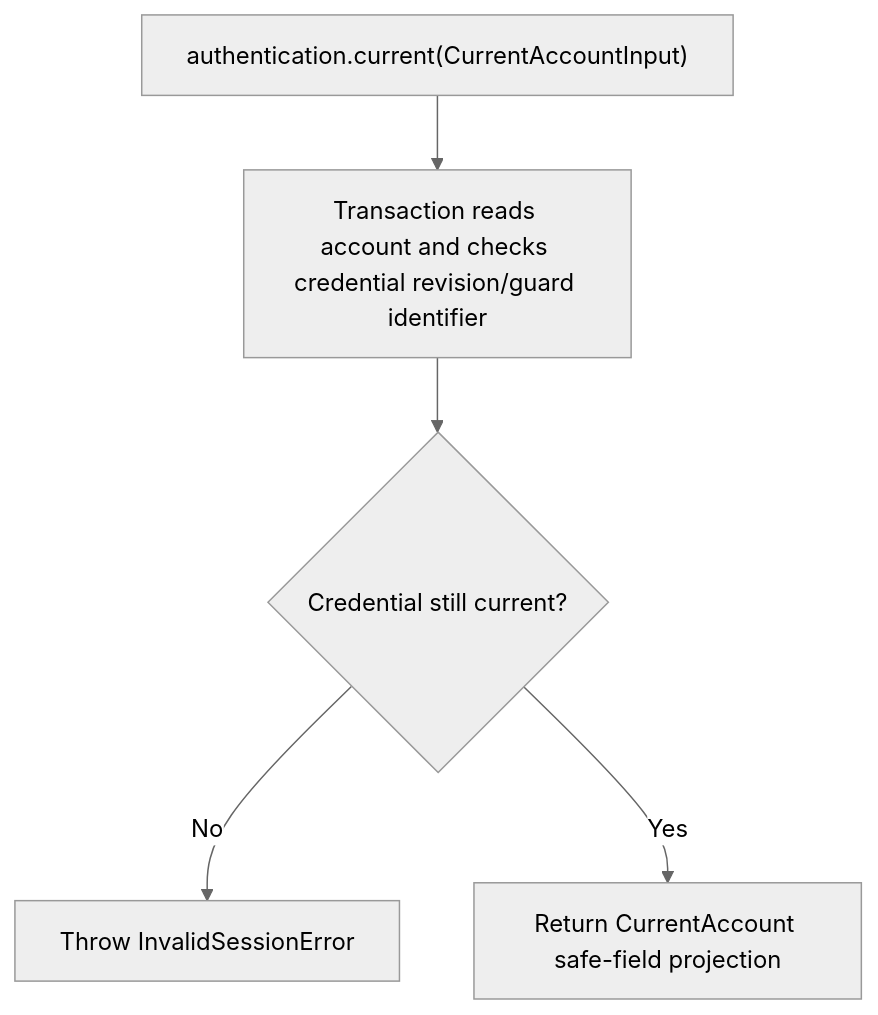
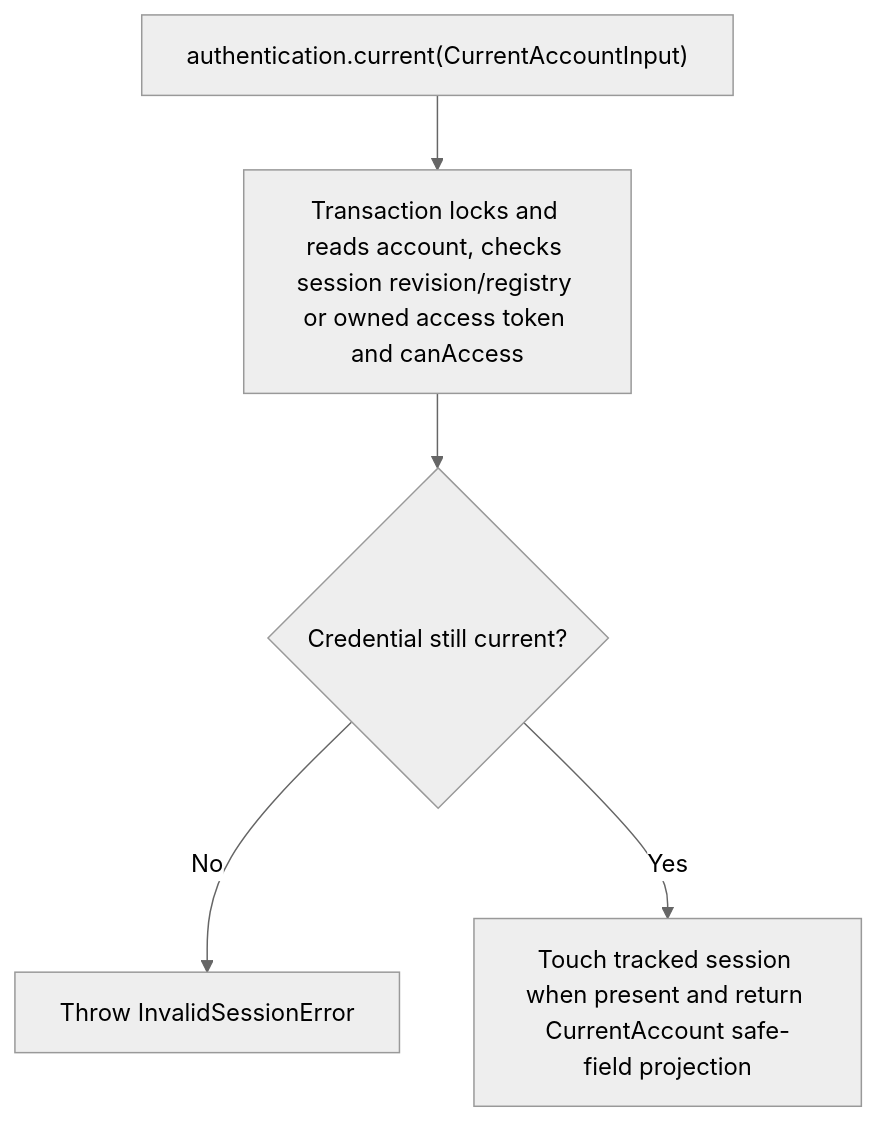
The second of 2 diagrams in user-stories/US-ACCOUNT-39-current-account.md (Kevinjohn/oss-adonisjs-account-kit), drawn with Mermaid (neutral theme) before and after one commit. The commit also changed 43 other files, not shown here.

````diff
--- a/user-stories/US-ACCOUNT-39-current-account.md
+++ b/user-stories/US-ACCOUNT-39-current-account.md
@@ -30,7 +30,7 @@
 ```mermaid
 flowchart TD
- A["authentication.current(CurrentAccountInput)"] --> B["Transaction reads account and checks credential revision/guard identifier"]
+ A["authentication.current(CurrentAccountInput)"] --> B["Transaction locks and reads account, checks session revision/registry or owned access token and canAccess"]
  B --> C{"Credential still current?"}
  C -->|No| D["Throw InvalidSessionError"]
- C -->|Yes| E["Return CurrentAccount safe-field projection"]
+ C -->|Yes| E["Touch tracked session when present and return CurrentAccount safe-field projection"]
 ```
````
